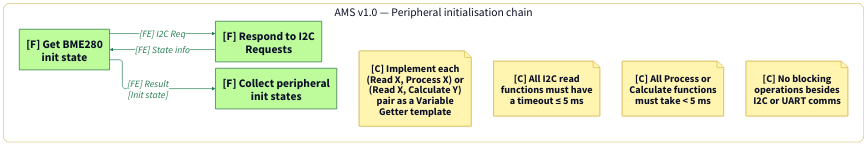
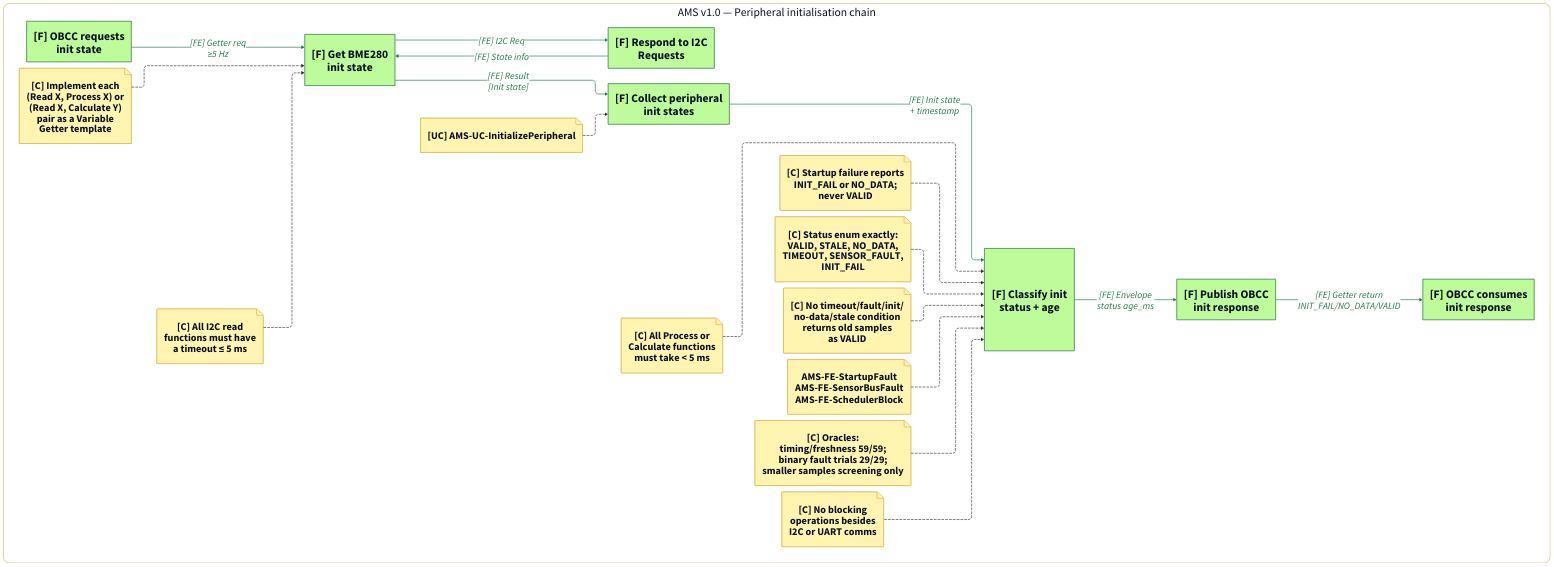
Before and after one commit to DeltaLabo/CanSatWorkshop: the diagram in AMS/MBSE/v1.0/AMS_v1.0_view5_peripheral_initialisation_chain.d2, drawn with D2. The commit also changed 323 other files, not shown here.

```diff
--- a/AMS/MBSE/v1.0/AMS_v1.0_view5_peripheral_initialisation_chain.d2
+++ b/AMS/MBSE/v1.0/AMS_v1.0_view5_peripheral_initialisation_chain.d2
@@ -1,81 +1,125 @@
 vars: {
   d2-config: {
     layout-engine: elk
   }
 }
 
 # Functional chain: BME280 initialisation-state collection and implementation constraints
 direction: right
 
 classes: {
   func: {
     shape: rectangle
     style: { fill: "#BDFB9B"; stroke: "#166534"; stroke-width: 2; font-size: 36 }
   }
   lc: {
     style: {
       fill: "#A9C7E6"; stroke: "#5B65C9"; stroke-width: 2
       border-radius: 20; font-size: 40
     }
   }
   pc: {
     style: { fill: "#FFF8BF"; stroke: "#D1B24A"; stroke-width: 2; font-size: 40 }
   }
   sys: {
     style: { fill: "#E6E6E6"; stroke: "#9A9A9A"; stroke-width: 2; font-size: 48 }
   }
   ea: {
     shape: rectangle
     style: {
       fill: "#BFEAF4"; stroke: "#5B65C9"; stroke-width: 2
       border-radius: 20; font-size: 40
     }
   }
   note: { style: { fill: "#FFF5B0"; stroke: "#D1B24A"; font-size: 32 } }
   chain: {
     style: {
       fill: "#FFFFFF"; stroke: "#D1B24A"; stroke-width: 2
       border-radius: 20; font-size: 36
     }
   }
   fe:   { style: { stroke: "#1F7A4D"; font-color: "#1F7A4D"; stroke-width: 2; font-size: 30 } }
   ce:   { style: { stroke: "#5B65C9"; font-color: "#5B65C9"; stroke-width: 2; font-size: 30 } }
   pl:   { style: { stroke: "#E11D28"; font-color: "#E11D28"; stroke-width: 2; font-size: 30 } }
   cstr: { style: { stroke: "#333333"; stroke-dash: 3; font-size: 26 } }
 }
 
 chain: "AMS v1.0 — Peripheral initialisation chain" {
   class: chain
   direction: right
 
+  obcc_init_request: "[F] OBCC requests\ninit state" { class: func }
   get_bme280_init_state: "[F] Get BME280\ninit state" { class: func }
   respond_i2c_requests: "[F] Respond to I2C\nRequests" { class: func }
   collect_peripheral_init_states: "[F] Collect peripheral\ninit states" { class: func }
+  classify_init_status: "[F] Classify init\nstatus + age" { class: func }
+  publish_init_response: "[F] Publish OBCC\ninit response" { class: func }
+  obcc_consume_init: "[F] OBCC consumes\ninit response" { class: func }
+
+  note_use_case: "[UC] AMS-UC-InitializePeripheral" {
+    class: note
+    shape: page
+  }
+  note_startup_fault: "[C] Startup failure reports\nINIT_FAIL or NO_DATA;\nnever VALID" {
+    class: note
+    shape: page
+  }
+  note_status_enum: "[C] Status enum exactly:\nVALID, STALE, NO_DATA,\nTIMEOUT, SENSOR_FAULT,\nINIT_FAIL" {
+    class: note
+    shape: page
+  }
+  note_no_stale_valid: "[C] No timeout/fault/init/\nno-data/stale condition\nreturns old samples\nas VALID" {
+    class: note
+    shape: page
+  }
+  note_feared_events: "AMS-FE-StartupFault\nAMS-FE-SensorBusFault\nAMS-FE-SchedulerBlock" {
+    class: note
+    shape: page
+  }
+  note_statistics: "[C] Oracles:\ntiming/freshness 59/59;\nbinary fault trials 29/29;\nsmaller samples screening only" {
+    class: note
+    shape: page
+  }
 
   note_variable_getter: "[C] Implement each\n(Read X, Process X) or\n(Read X, Calculate Y)\npair as a Variable\nGetter template" {
     class: note
     shape: page
   }
   note_i2c_timeout: "[C] All I2C read\nfunctions must have\na timeout ≤ 5 ms" {
     class: note
     shape: page
   }
   note_process_time: "[C] All Process or\nCalculate functions\nmust take < 5 ms" {
     class: note
     shape: page
   }
   note_no_blocking: "[C] No blocking\noperations besides\nI2C or UART comms" {
     class: note
     shape: page
   }
 }
 
+chain.obcc_init_request -> chain.get_bme280_init_state: "[FE] Getter req\n≥5 Hz" { class: fe }
 chain.get_bme280_init_state -> chain.respond_i2c_requests: "[FE] I2C Req" { class: fe }
 chain.respond_i2c_requests -> chain.get_bme280_init_state: "[FE] State info" { class: fe }
 chain.get_bme280_init_state -> chain.collect_peripheral_init_states: "[FE] Result\n[Init state]" { class: fe }
+chain.collect_peripheral_init_states -> chain.classify_init_status: "[FE] Init state\n+ timestamp" { class: fe }
+chain.classify_init_status -> chain.publish_init_response: "[FE] Envelope\nstatus age_ms" { class: fe }
+chain.publish_init_response -> chain.obcc_consume_init: "[FE] Getter return\nINIT_FAIL/NO_DATA/VALID" { class: fe }
+
+chain.note_use_case -> chain.collect_peripheral_init_states { class: cstr }
+chain.note_startup_fault -> chain.classify_init_status { class: cstr }
+chain.note_status_enum -> chain.classify_init_status { class: cstr }
+chain.note_no_stale_valid -> chain.classify_init_status { class: cstr }
+chain.note_feared_events -> chain.classify_init_status { class: cstr }
+chain.note_statistics -> chain.classify_init_status { class: cstr }
+chain.note_variable_getter -> chain.get_bme280_init_state { class: cstr }
+chain.note_i2c_timeout -> chain.get_bme280_init_state { class: cstr }
+chain.note_process_time -> chain.classify_init_status { class: cstr }
+chain.note_no_blocking -> chain.classify_init_status { class: cstr }
 
 # Layout-only edges to keep the implementation constraints grouped after the chain.
 chain.collect_peripheral_init_states -> chain.note_variable_getter { style: { opacity: 0 } }
 chain.note_variable_getter -> chain.note_i2c_timeout { style: { opacity: 0 } }
 chain.note_i2c_timeout -> chain.note_process_time { style: { opacity: 0 } }
 chain.note_process_time -> chain.note_no_blocking { style: { opacity: 0 } }
```
